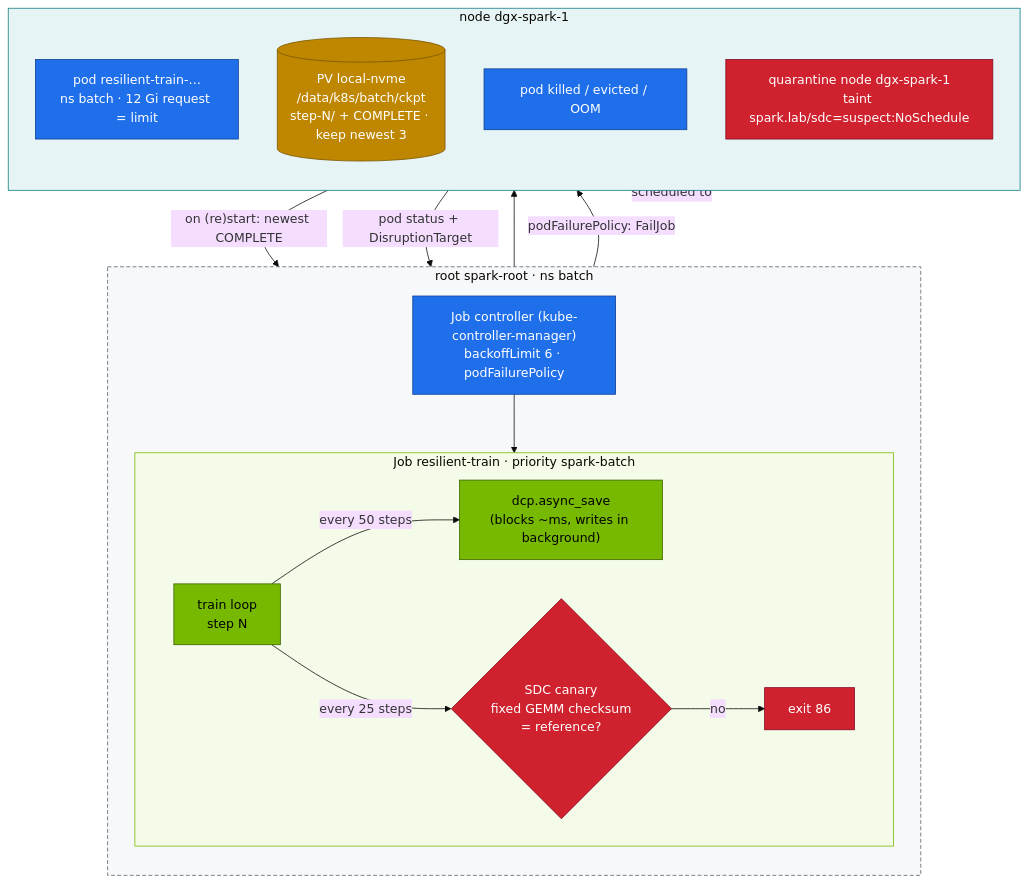
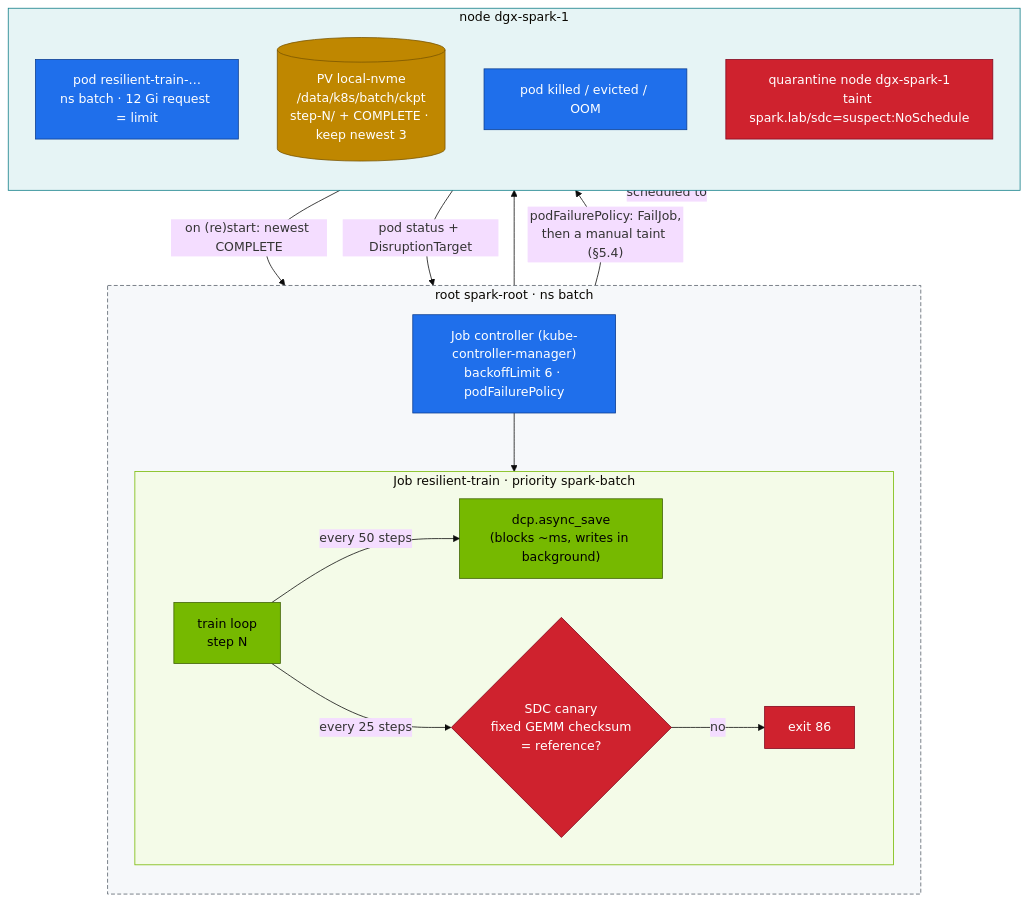
One commit to cloudone365/technical-depth changed the first of 2 diagrams in 02-Kubernetes/25-ultra-scale-cluster-resilience-and-fault-tolerance.md. Above: the diagram before and after it, drawn with Mermaid (base theme). The commit also changed other lines of this file and 91 other files, not shown here.

First line of the commit message:
Docs audit 01-04: fix mistakes found against the lab files; step-by-step flows

````diff
--- a/02-Kubernetes/25-ultra-scale-cluster-resilience-and-fault-tolerance.md
+++ b/02-Kubernetes/25-ultra-scale-cluster-resilience-and-fault-tolerance.md
@@ -62,37 +62,37 @@
 ```mermaid
 flowchart TB
   subgraph LLMS["root spark-root · ns batch"]
     direction TB
     JC["Job controller (kube-controller-manager)<br/>backoffLimit 6 · podFailurePolicy"]
     subgraph JOB["Job resilient-train · priority spark-batch"]
       direction LR
       T["train loop<br/>step N"] -->|"every 50 steps"| AS["dcp.async_save<br/>(blocks ~ms, writes in background)"]
       T -->|"every 25 steps"| CAN{"SDC canary<br/>fixed GEMM checksum<br/>= reference?"}
       CAN -- no --> X86["exit 86"]
     end
     JC --> JOB
   end
   subgraph ROOT["node dgx-spark-1"]
     direction TB
     HP["pod resilient-train-…<br/>ns batch · 12 Gi request = limit"]
     PVC[("PV local-nvme<br/>/data/k8s/batch/ckpt<br/>step-N/ + COMPLETE · keep newest 3")]
     KILL["pod killed / evicted / OOM"]
     Q["quarantine node dgx-spark-1<br/>taint spark.lab/sdc=suspect:NoSchedule"]
   end
   JOB -. "scheduled to" .-> HP
   AS --> PVC
   PVC -->|"on (re)start: newest COMPLETE"| T
   KILL -->|"pod status + DisruptionTarget"| JC
-  X86 -->|"podFailurePolicy: FailJob"| Q
+  X86 -->|"podFailurePolicy: FailJob,<br/>then a manual taint (§5.4)"| Q
   classDef gpu fill:#76b900,stroke:#3d6000,color:#000
   classDef store fill:#bf8700,stroke:#7a5600,color:#fff
   classDef sec fill:#cf222e,stroke:#82071e,color:#fff
   classDef ctrl fill:#1f6feb,stroke:#0b3d91,color:#fff
   class T,AS gpu
   class PVC store
   class CAN,X86,Q sec
   class KILL,JC,HP ctrl
   style JOB fill:#f4fbe8,stroke:#76b900
   style LLMS fill:#f6f8fa,stroke:#57606a,stroke-dasharray:5 3
   style ROOT fill:#e6f4f5,stroke:#0e7c86
 ```
````
